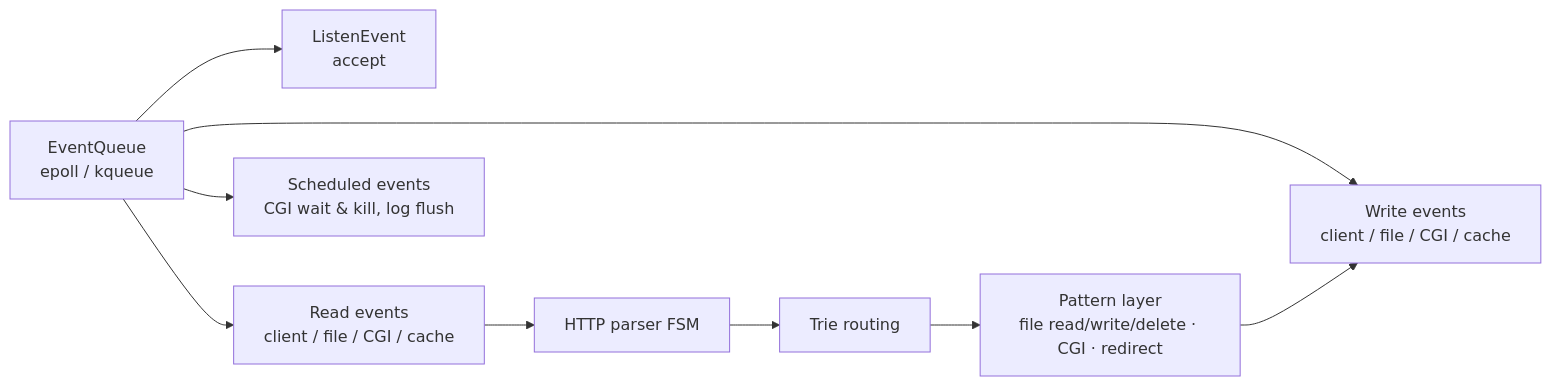
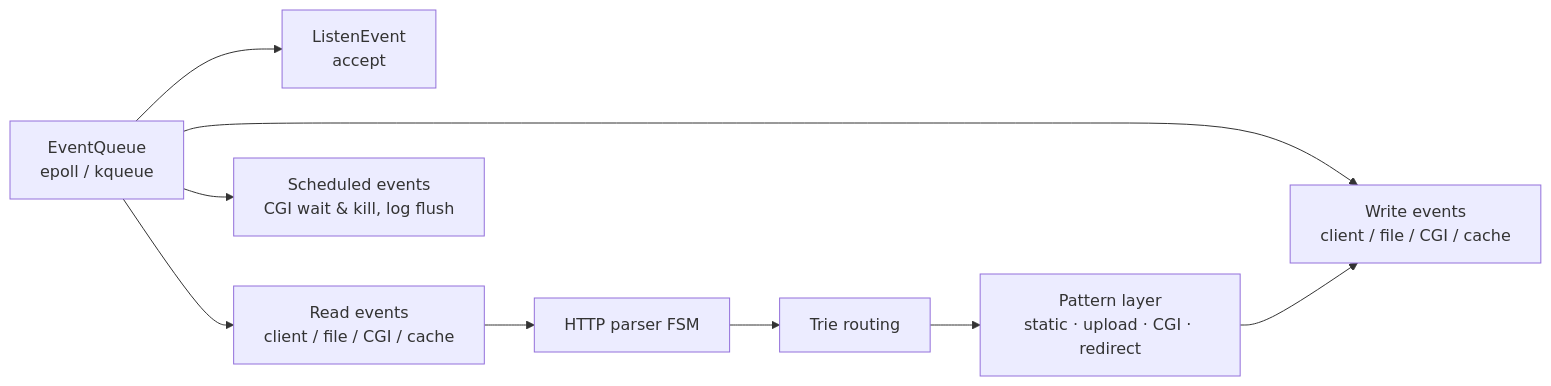
The diagram in README.md (daekuelee/webserv), drawn with Mermaid before and after one commit. The commit also changed other lines of this file, not shown here.

````diff
--- a/README.md
+++ b/README.md
@@ -43,10 +26,10 @@
 ```mermaid
 flowchart LR
     EQ[EventQueue<br/>epoll / kqueue] --> LE[ListenEvent<br/>accept]
     EQ --> RE[Read events<br/>client / file / CGI / cache]
     EQ --> WE[Write events<br/>client / file / CGI / cache]
     EQ --> SE[Scheduled events<br/>CGI wait & kill, log flush]
     RE --> P[HTTP parser FSM]
-    P --> R[Trie routing] --> PR[Pattern layer<br/>file read/write/delete · CGI · redirect]
+    P --> R[Trie routing] --> PR[Pattern layer<br/>static · upload · CGI · redirect]
     PR --> WE
 ```
````
